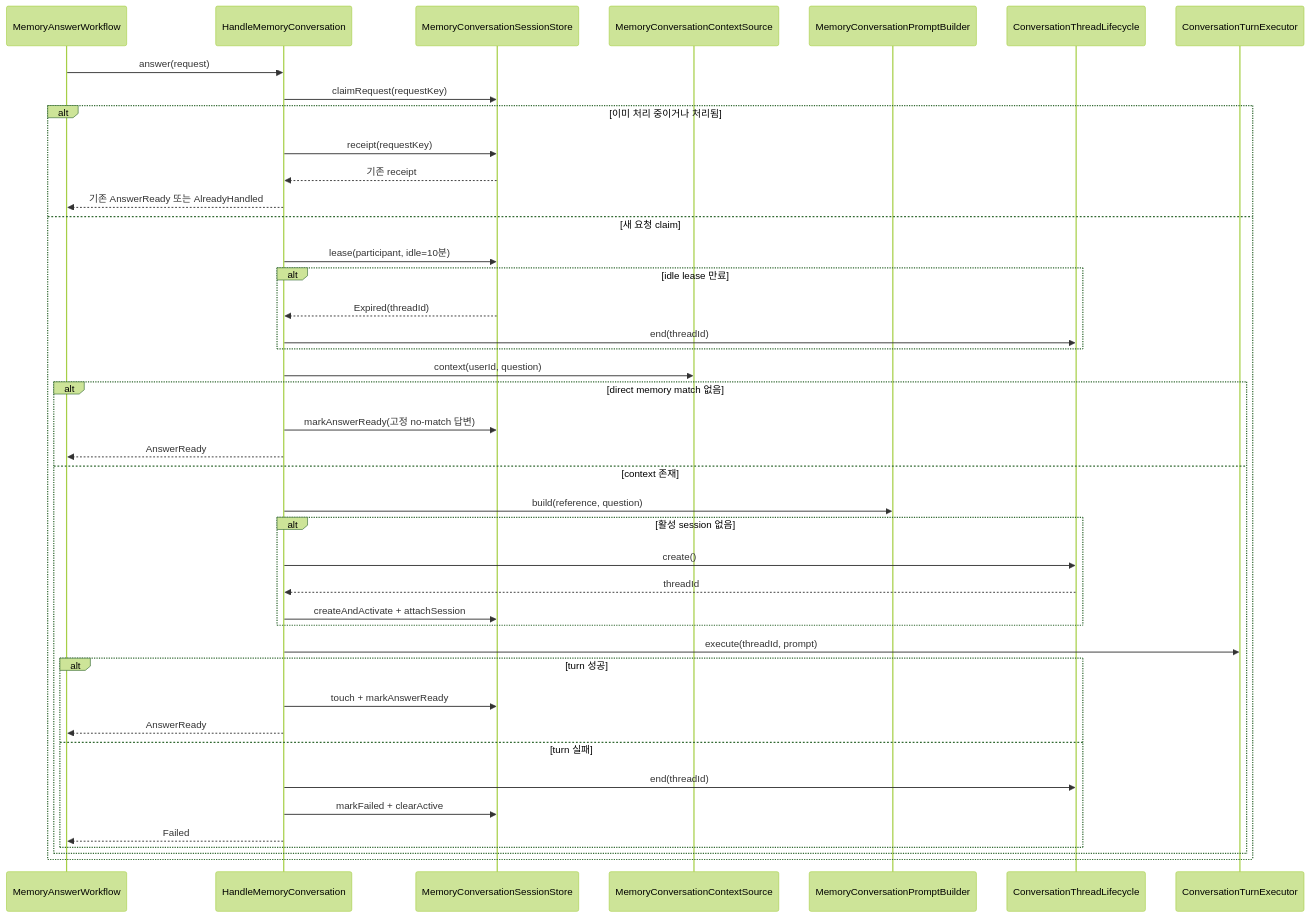
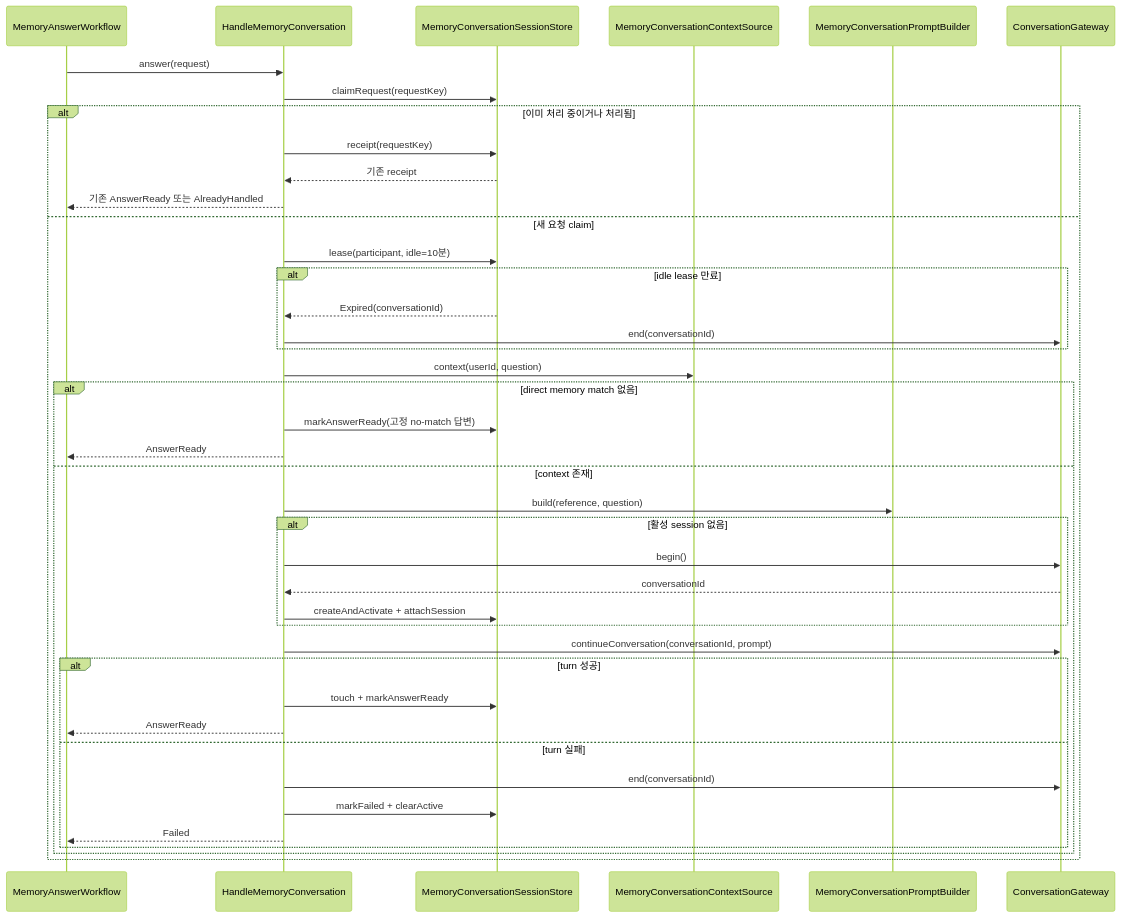
The first of 3 diagrams in application/src/main/kotlin/com/homeassistant/application/usecase/memory/conversation/README.md (magenta1223/home_assistant), drawn with Mermaid (forest theme) before and after one commit. The commit also changed other lines of this file and 31 other files, not shown here.

````diff
--- a/application/src/main/kotlin/com/homeassistant/application/usecase/memory/conversation/README.md
+++ b/application/src/main/kotlin/com/homeassistant/application/usecase/memory/conversation/README.md
@@ -8,45 +8,44 @@
 ```mermaid
 sequenceDiagram
     participant Workflow as MemoryAnswerWorkflow
     participant Conversation as HandleMemoryConversation
     participant Sessions as MemoryConversationSessionStore
     participant Context as MemoryConversationContextSource
     participant Prompt as MemoryConversationPromptBuilder
-    participant Lifecycle as ConversationThreadLifecycle
-    participant Executor as ConversationTurnExecutor
+    participant Gateway as ConversationGateway
 
     Workflow->>Conversation: answer(request)
     Conversation->>Sessions: claimRequest(requestKey)
     alt 이미 처리 중이거나 처리됨
         Conversation->>Sessions: receipt(requestKey)
         Sessions-->>Conversation: 기존 receipt
         Conversation-->>Workflow: 기존 AnswerReady 또는 AlreadyHandled
     else 새 요청 claim
         Conversation->>Sessions: lease(participant, idle=10분)
         alt idle lease 만료
-            Sessions-->>Conversation: Expired(threadId)
-            Conversation->>Lifecycle: end(threadId)
+            Sessions-->>Conversation: Expired(conversationId)
+            Conversation->>Gateway: end(conversationId)
         end
         Conversation->>Context: context(userId, question)
         alt direct memory match 없음
             Conversation->>Sessions: markAnswerReady(고정 no-match 답변)
             Conversation-->>Workflow: AnswerReady
         else context 존재
             Conversation->>Prompt: build(reference, question)
             alt 활성 session 없음
-                Conversation->>Lifecycle: create()
-                Lifecycle-->>Conversation: threadId
+                Conversation->>Gateway: begin()
+                Gateway-->>Conversation: conversationId
                 Conversation->>Sessions: createAndActivate + attachSession
             end
-            Conversation->>Executor: execute(threadId, prompt)
+            Conversation->>Gateway: continueConversation(conversationId, prompt)
             alt turn 성공
                 Conversation->>Sessions: touch + markAnswerReady
                 Conversation-->>Workflow: AnswerReady
             else turn 실패
-                Conversation->>Lifecycle: end(threadId)
+                Conversation->>Gateway: end(conversationId)
                 Conversation->>Sessions: markFailed + clearActive
                 Conversation-->>Workflow: Failed
             end
         end
     end
 ```
````
